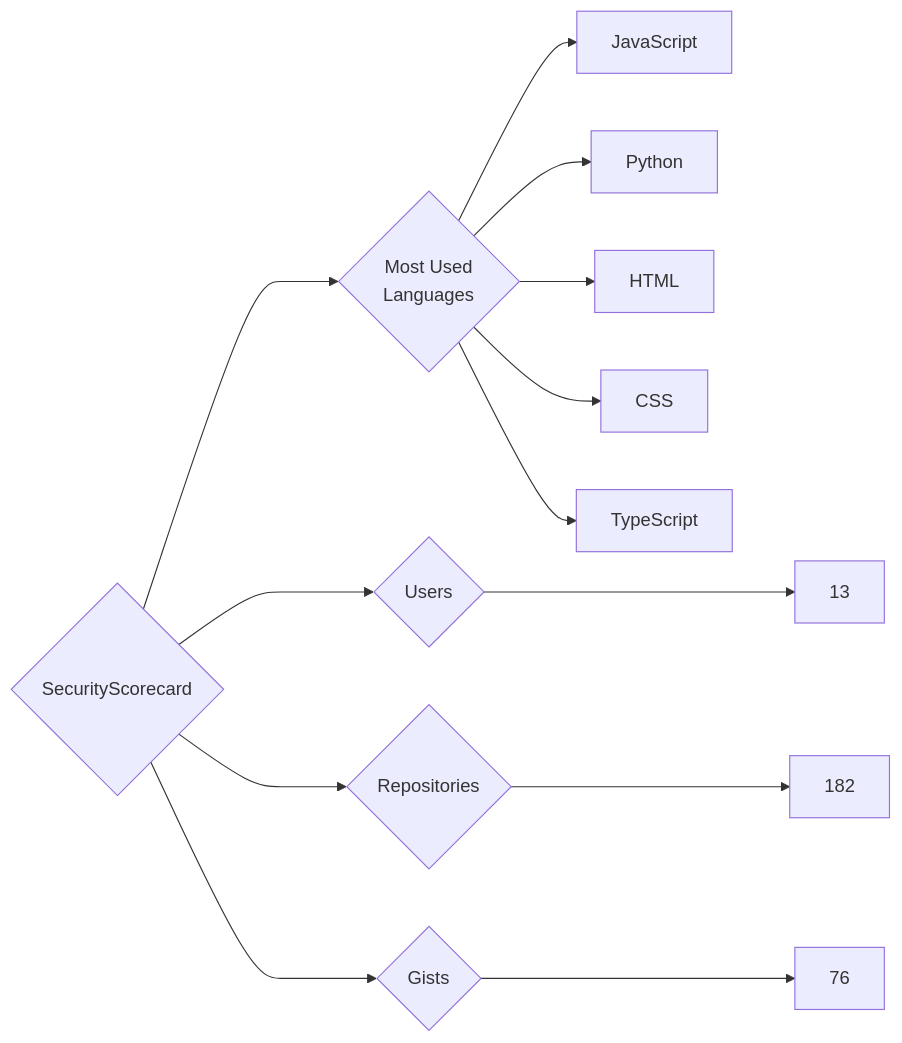
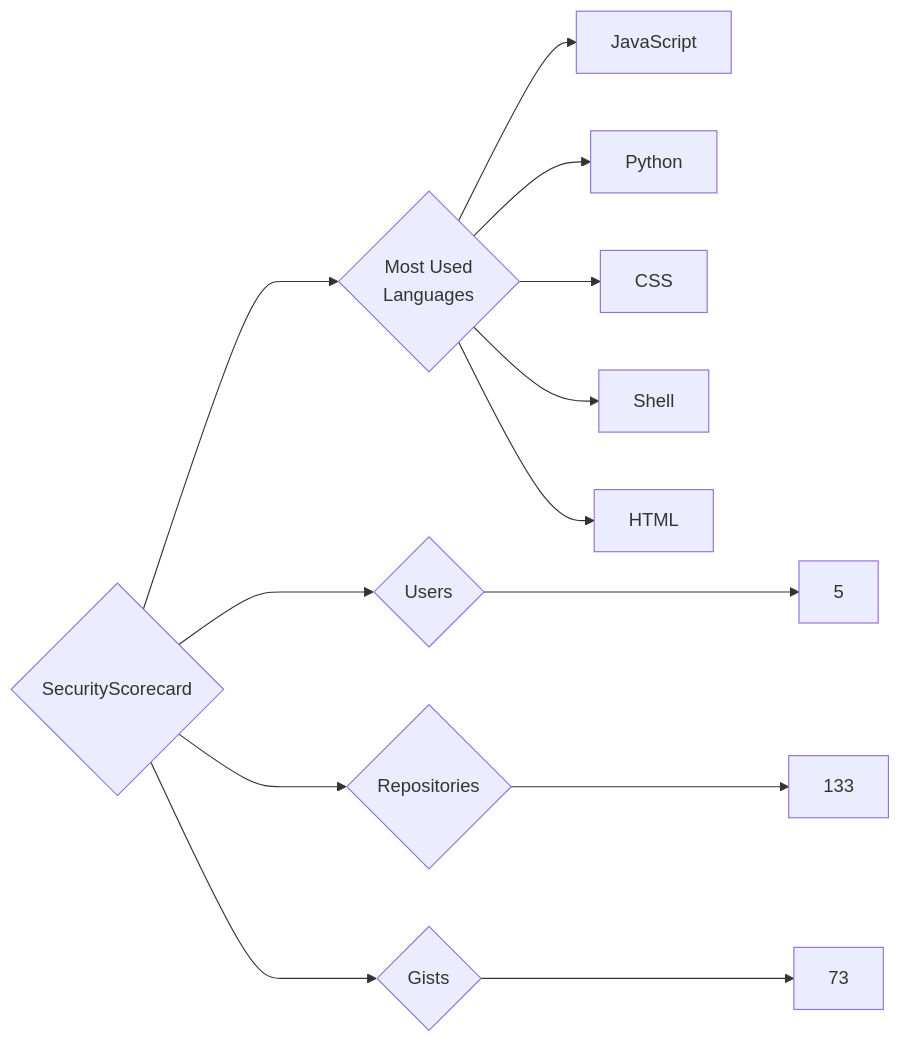
One commit to trickest/insiders changed the diagram in targets/SecurityScorecard/README.md. Above: the diagram before and after it, drawn with Mermaid. The commit also changed 871 other files, not shown here.

````diff
--- a/targets/SecurityScorecard/README.md
+++ b/targets/SecurityScorecard/README.md
@@ -3,13 +3,13 @@
 ```mermaid
 graph LR
 COMPANY_NAME{SecurityScorecard}
-COMPANY_NAME ---> U{Users} ---> UN[13]
-COMPANY_NAME ---> R{Repositories} ---> RN[182]
-COMPANY_NAME ---> G{Gists} ---> GN[76]
+COMPANY_NAME ---> U{Users} ---> UN[5]
+COMPANY_NAME ---> R{Repositories} ---> RN[133]
+COMPANY_NAME ---> G{Gists} ---> GN[73]
 COMPANY_NAME ---> ML{Most Used<br>Languages}
 ML --> JavaScript[JavaScript]
 ML --> Python[Python]
+ML --> CSS[CSS]
+ML --> Shell[Shell]
 ML --> HTML[HTML]
-ML --> CSS[CSS]
-ML --> TypeScript[TypeScript]
 ```
````
